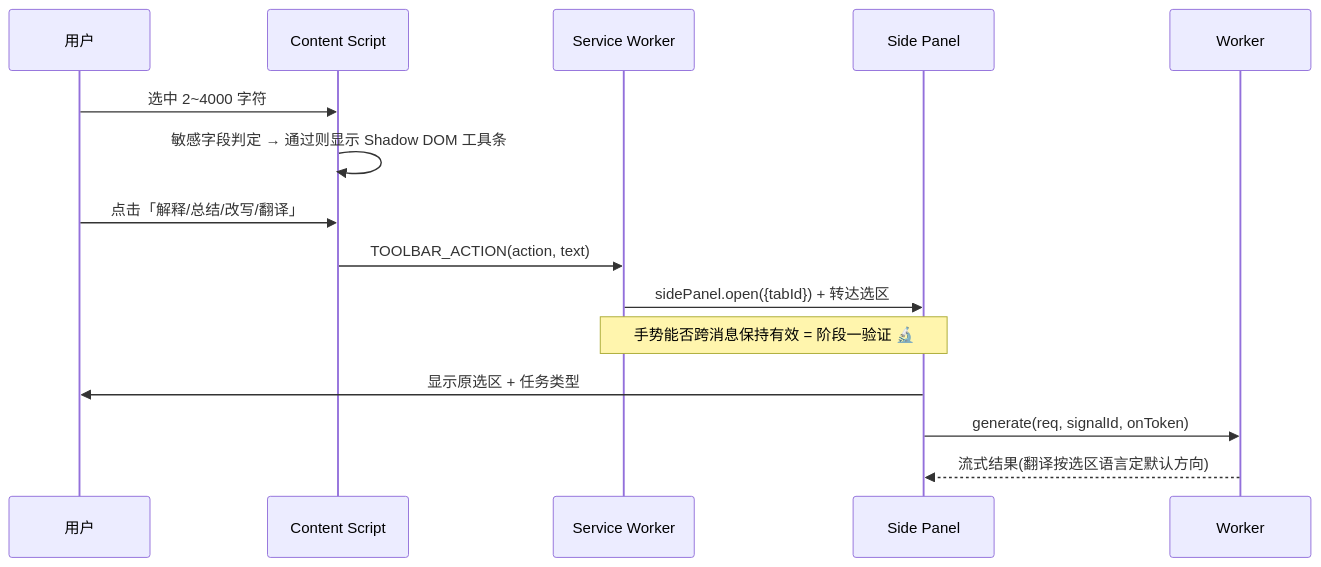
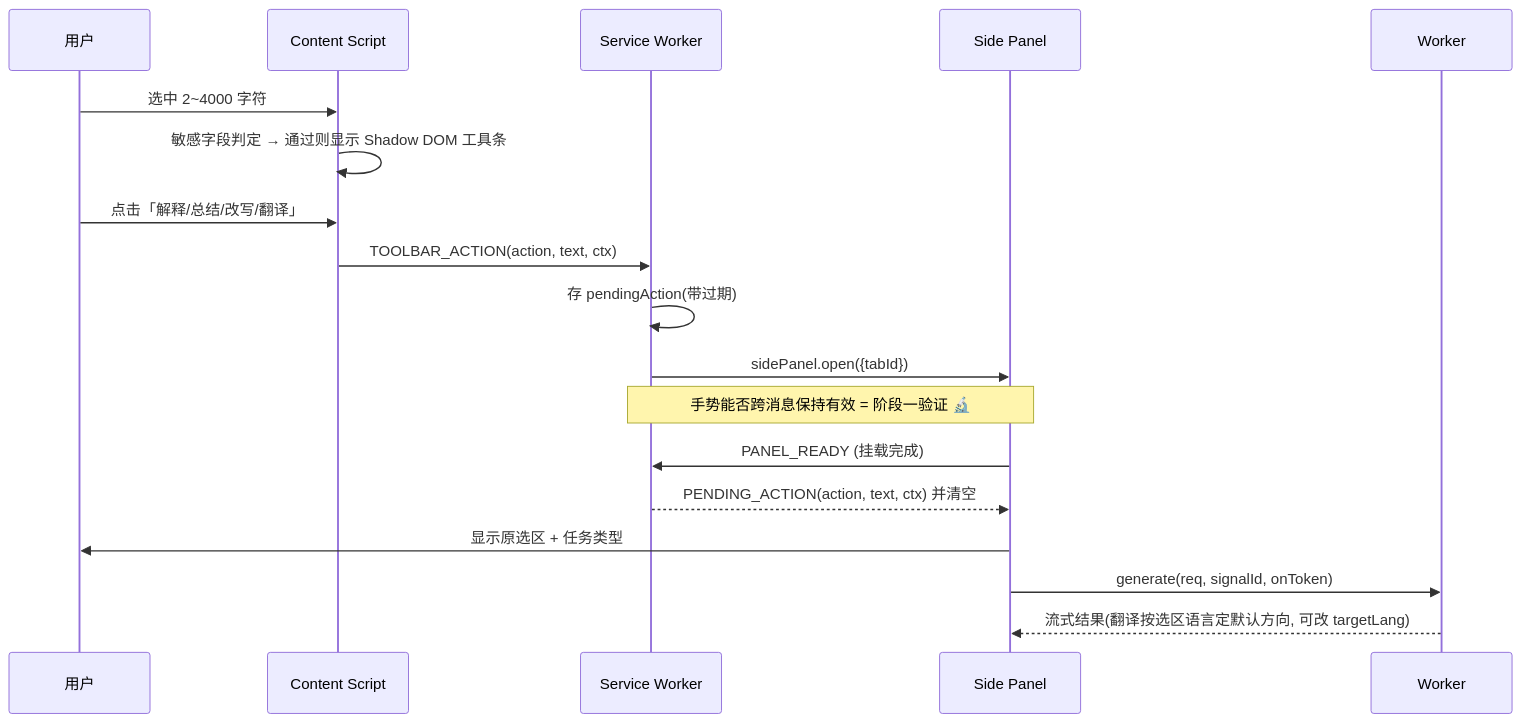
Before and after one commit to Mr-CG-end/wisp-ai-copilot: the third of 3 diagrams in docs/Wisp_设计文档.md, drawn with Mermaid. The commit also changed other lines of this file, not shown here.

````diff
--- a/docs/Wisp_设计文档.md
+++ b/docs/Wisp_设计文档.md
@@ -383,17 +491,20 @@
 ```mermaid
 sequenceDiagram
     participant U as 用户
     participant CS as Content Script
     participant SW as Service Worker
     participant SP as Side Panel
     participant W as Worker
     U->>CS: 选中 2~4000 字符
     CS->>CS: 敏感字段判定 → 通过则显示 Shadow DOM 工具条
     U->>CS: 点击「解释/总结/改写/翻译」
-    CS->>SW: TOOLBAR_ACTION(action, text)
-    SW->>SP: sidePanel.open({tabId}) + 转达选区
+    CS->>SW: TOOLBAR_ACTION(action, text, ctx)
+    SW->>SW: 存 pendingAction(带过期)
+    SW->>SP: sidePanel.open({tabId})
     Note over SW,SP: 手势能否跨消息保持有效 = 阶段一验证 🔬
+    SP->>SW: PANEL_READY (挂载完成)
+    SW-->>SP: PENDING_ACTION(action, text, ctx) 并清空
     SP->>U: 显示原选区 + 任务类型
     SP->>W: generate(req, signalId, onToken)
-    W-->>SP: 流式结果(翻译按选区语言定默认方向)
+    W-->>SP: 流式结果(翻译按选区语言定默认方向, 可改 targetLang)
 ```
````
